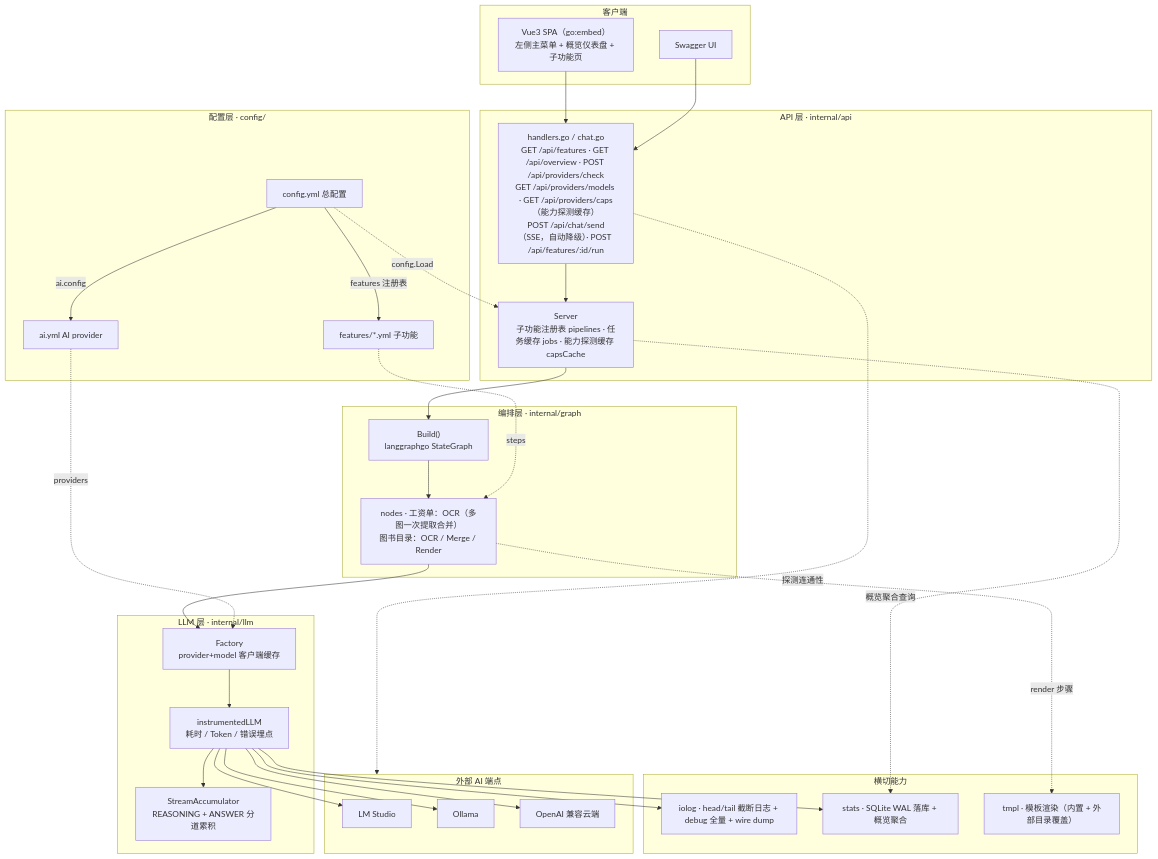
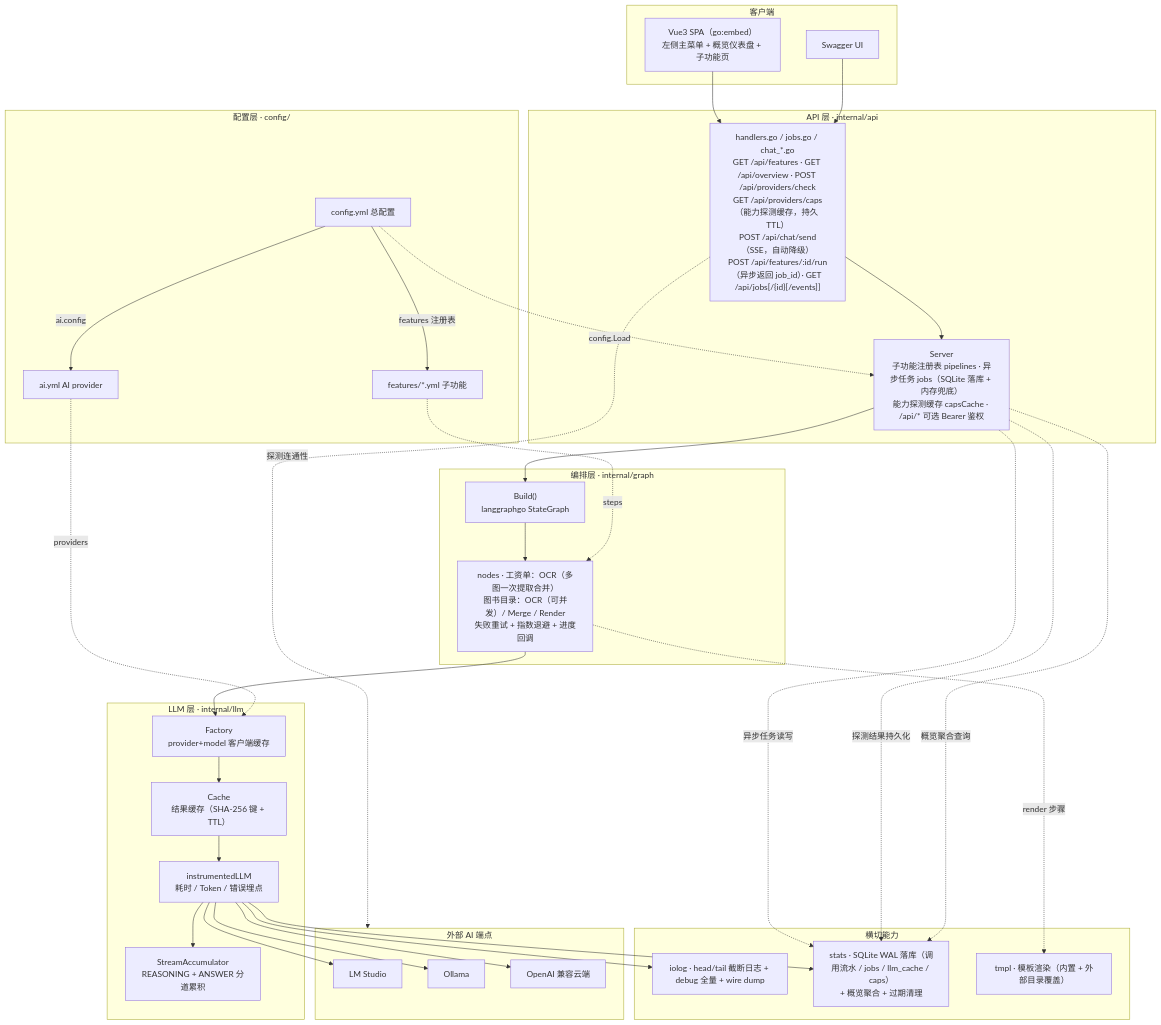
The third of 5 diagrams in README.md (colin2wang/go-ai-agent), drawn with Mermaid before and after one commit. The commit also changed other lines of this file and 31 other files, not shown here.

````diff
--- a/README.md
+++ b/README.md
@@ -221,63 +238,67 @@
 ```mermaid
 flowchart TB
     subgraph CLIENT["客户端"]
         UI["Vue3 SPA（go:embed）<br/>左侧主菜单 + 概览仪表盘 + 子功能页"]
         SWAGGER["Swagger UI"]
     end
 
     subgraph APPL["API 层 · internal/api"]
-        HANDLERS["handlers.go / chat.go<br/>GET /api/features · GET /api/overview · POST /api/providers/check<br/>GET /api/providers/models · GET /api/providers/caps（能力探测缓存）<br/>POST /api/chat/send（SSE，自动降级）· POST /api/features/:id/run"]
-        SRV["Server<br/>子功能注册表 pipelines · 任务缓存 jobs · 能力探测缓存 capsCache"]
+        HANDLERS["handlers.go / jobs.go / chat_*.go<br/>GET /api/features · GET /api/overview · POST /api/providers/check<br/>GET /api/providers/caps（能力探测缓存，持久 TTL）<br/>POST /api/chat/send（SSE，自动降级）<br/>POST /api/features/:id/run（异步返回 job_id）· GET /api/jobs[/{id}[/events]]"]
+        SRV["Server<br/>子功能注册表 pipelines · 异步任务 jobs（SQLite 落库 + 内存兜底）<br/>能力探测缓存 capsCache · /api/* 可选 Bearer 鉴权"]
     end
 
     subgraph ORCH["编排层 · internal/graph"]
         BUILDER["Build()<br/>langgraphgo StateGraph"]
-        NODE["nodes · 工资单：OCR（多图一次提取合并）<br/>图书目录：OCR / Merge / Render"]
+        NODE["nodes · 工资单：OCR（多图一次提取合并）<br/>图书目录：OCR（可并发）/ Merge / Render<br/>失败重试 + 指数退避 + 进度回调"]
     end
 
     subgraph LLML["LLM 层 · internal/llm"]
         FACTORY["Factory<br/>provider+model 客户端缓存"]
         WRAP["instrumentedLLM<br/>耗时 / Token / 错误埋点"]
+        LMCACHE["Cache<br/>结果缓存（SHA-256 键 + TTL）"]
         ACC["StreamAccumulator<br/>REASONING + ANSWER 分道累积"]
     end
 
     subgraph CROSS["横切能力"]
         IOLOG["iolog · head/tail 截断日志 + debug 全量 + wire dump"]
-        STATS["stats · SQLite WAL 落库 + 概览聚合"]
+        STATS["stats · SQLite WAL 落库（调用流水 / jobs / llm_cache / caps）<br/>+ 概览聚合 + 过期清理"]
         TPL["tmpl · 模板渲染（内置 + 外部目录覆盖）"]
     end
 
     subgraph CONF["配置层 · config/"]
         C1["config.yml 总配置"]
         C2["ai.yml AI provider"]
         C3["features/*.yml 子功能"]
     end
 
     subgraph PROVIDERS["外部 AI 端点"]
         LM["LM Studio"]
         OL["Ollama"]
         OA["OpenAI 兼容云端"]
     end
 
     UI --> HANDLERS
     SWAGGER --> HANDLERS
     HANDLERS --> SRV
     SRV --> BUILDER
     BUILDER --> NODE
     NODE --> FACTORY
     NODE -.->|render 步骤| TPL
-    FACTORY --> WRAP
+    FACTORY --> LMCACHE
+    LMCACHE --> WRAP
     WRAP --> ACC
     WRAP --> IOLOG
     WRAP --> STATS
+    SRV -.->|异步任务读写| STATS
+    SRV -.->|探测结果持久化| STATS
     SRV -.->|概览聚合查询| STATS
     WRAP --> LM
     WRAP --> OL
     WRAP --> OA
     HANDLERS -.->|探测连通性| PROVIDERS
     C1 -->|ai.config| C2
     C1 -->|features 注册表| C3
     C1 -.->|config.Load| SRV
     C2 -.->|providers| FACTORY
     C3 -.->|steps| NODE
 ```
````
